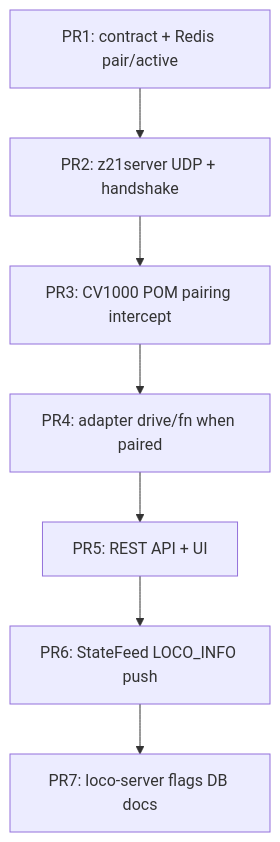
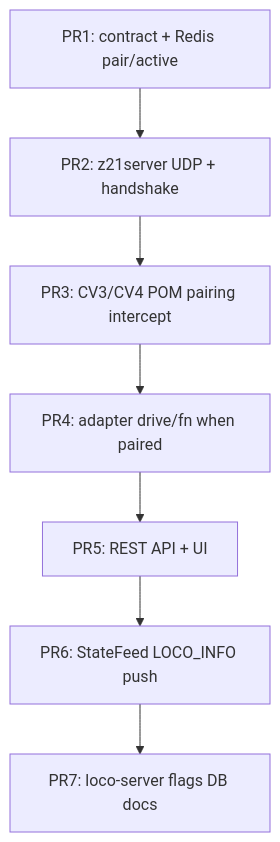
The third of 3 diagrams in content/en/specs/bigfred/plans/z21-server-dcc-bus.md (dcc-bigfred/docs), drawn with Mermaid before and after one commit. The commit also changed other lines of this file, not shown here.

First line of the commit message:
Refine Z21 remotes plan: CV3/CV4 pairing and §1.1 sessions.

````diff
--- a/content/en/specs/bigfred/plans/z21-server-dcc-bus.md
+++ b/content/en/specs/bigfred/plans/z21-server-dcc-bus.md
@@ -472,9 +566,9 @@
 ```mermaid
 flowchart TD
     A[PR1: contract + Redis pair/active] --> B[PR2: z21server UDP + handshake]
-    B --> C[PR3: CV1000 POM pairing intercept]
+    B --> C[PR3: CV3/CV4 POM pairing intercept]
     C --> D[PR4: adapter drive/fn when paired]
     D --> E[PR5: REST API + UI]
     E --> F[PR6: StateFeed LOCO_INFO push]
     F --> G[PR7: loco-server flags DB docs]
 ```
````
